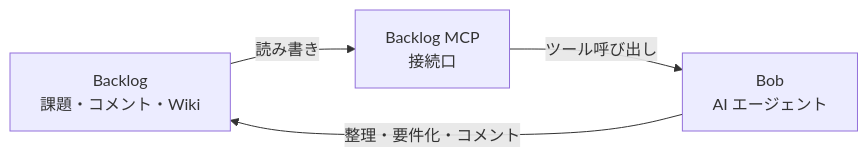
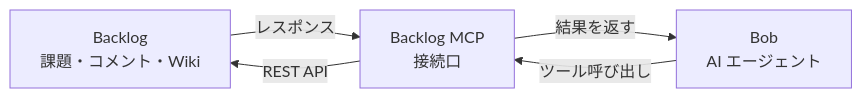
Before and after one commit to r-nakayamasan/bob-workshop-draft: the diagram in docs/backlog_lab.md, drawn with Mermaid.

Commit message:
Fix Mermaid diagram: remove direct Bob→Backlog arrow, route all via MCP server

````diff
--- a/docs/backlog_lab.md
+++ b/docs/backlog_lab.md
@@ -11,6 +11,11 @@
 ```mermaid
 flowchart LR
-    A[Backlog\n課題・コメント・Wiki] --読み書き--> B[Backlog MCP\n接続口]
-    B --ツール呼び出し--> C[Bob\nAI エージェント]
-    C --整理・要件化・コメント--> A
+    A[Backlog\n課題・コメント・Wiki]
+    B[Backlog MCP\n接続口]
+    C[Bob\nAI エージェント]
+
+    C -- ツール呼び出し --> B
+    B -- REST API --> A
+    A -- レスポンス --> B
+    B -- 結果を返す --> C
 ```
````
